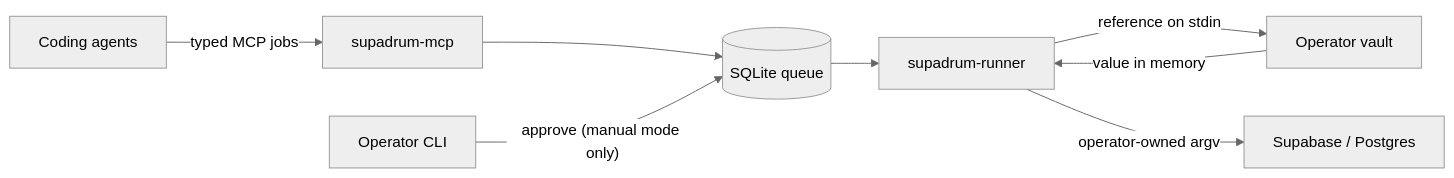
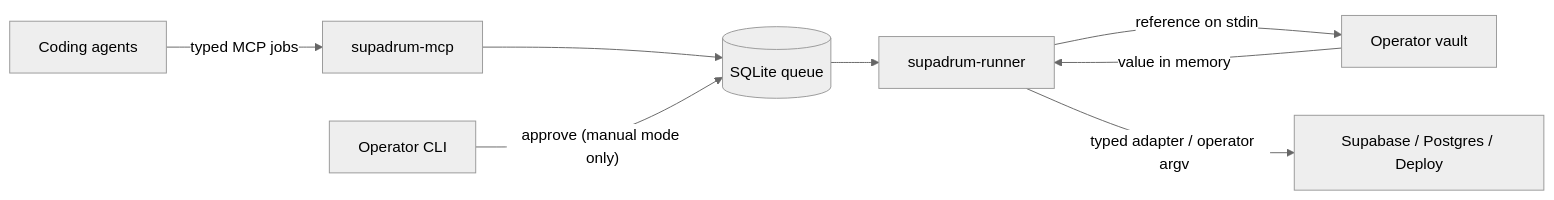
One commit to paolobiancalana/supadrum changed the diagram in README.md. Above: the diagram before and after it, drawn with Mermaid (neutral theme). The commit also changed other lines of this file and 46 other files, not shown here.

````diff
--- a/README.md
+++ b/README.md
@@ -52,10 +53,10 @@
 ```mermaid
 flowchart LR
     A["Coding agents"] -->|"typed MCP jobs"| P["supadrum-mcp"]
     P --> Q[("SQLite queue")]
     Q --> R["supadrum-runner"]
     R -->|"reference on stdin"| V["Operator vault"]
     V -->|"value in memory"| R
-    R -->|"operator-owned argv"| S["Supabase / Postgres"]
+    R -->|"typed adapter / operator argv"| S["Supabase / Postgres / Deploy"]
     O["Operator CLI"] -->|"approve (manual mode only)"| Q
 ```
````
